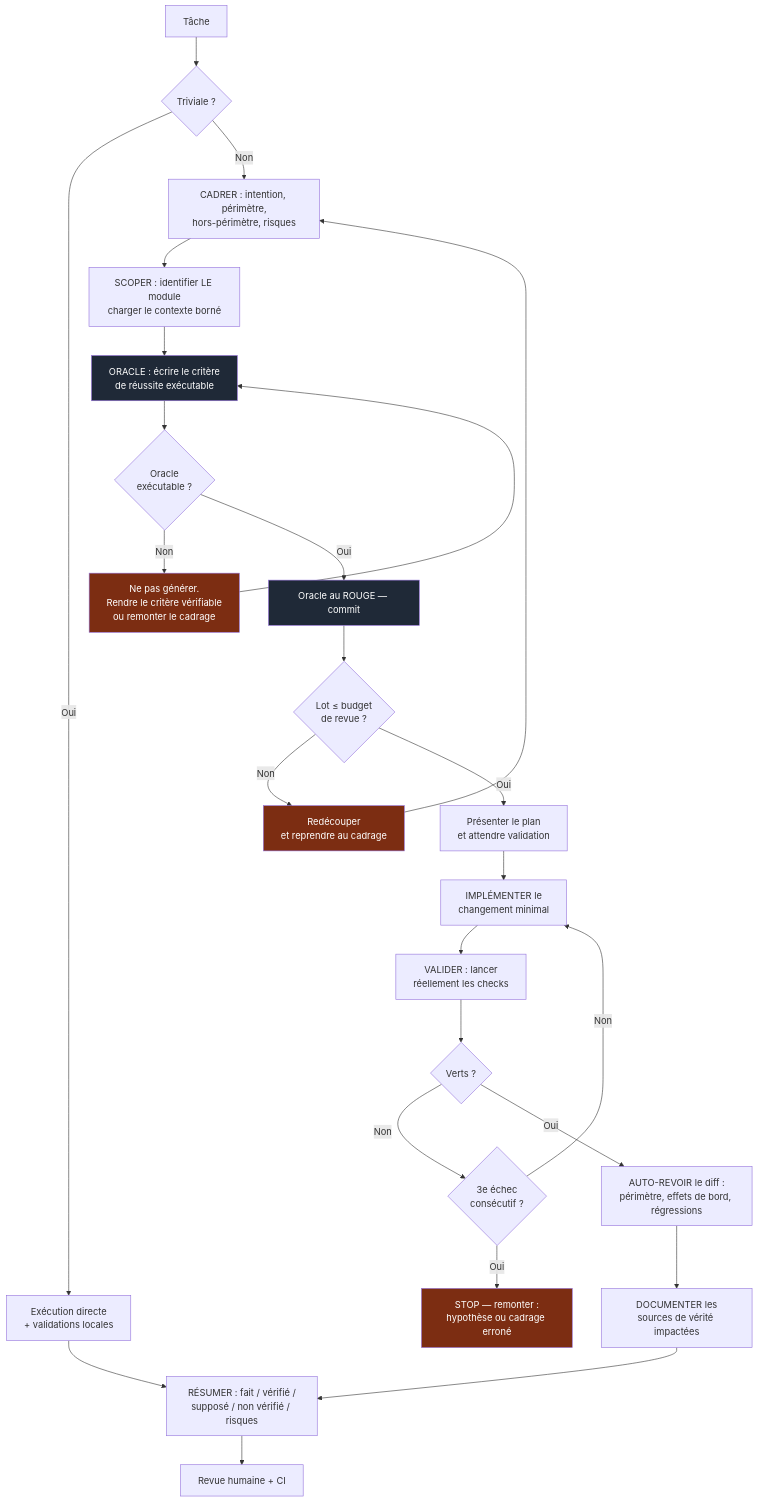
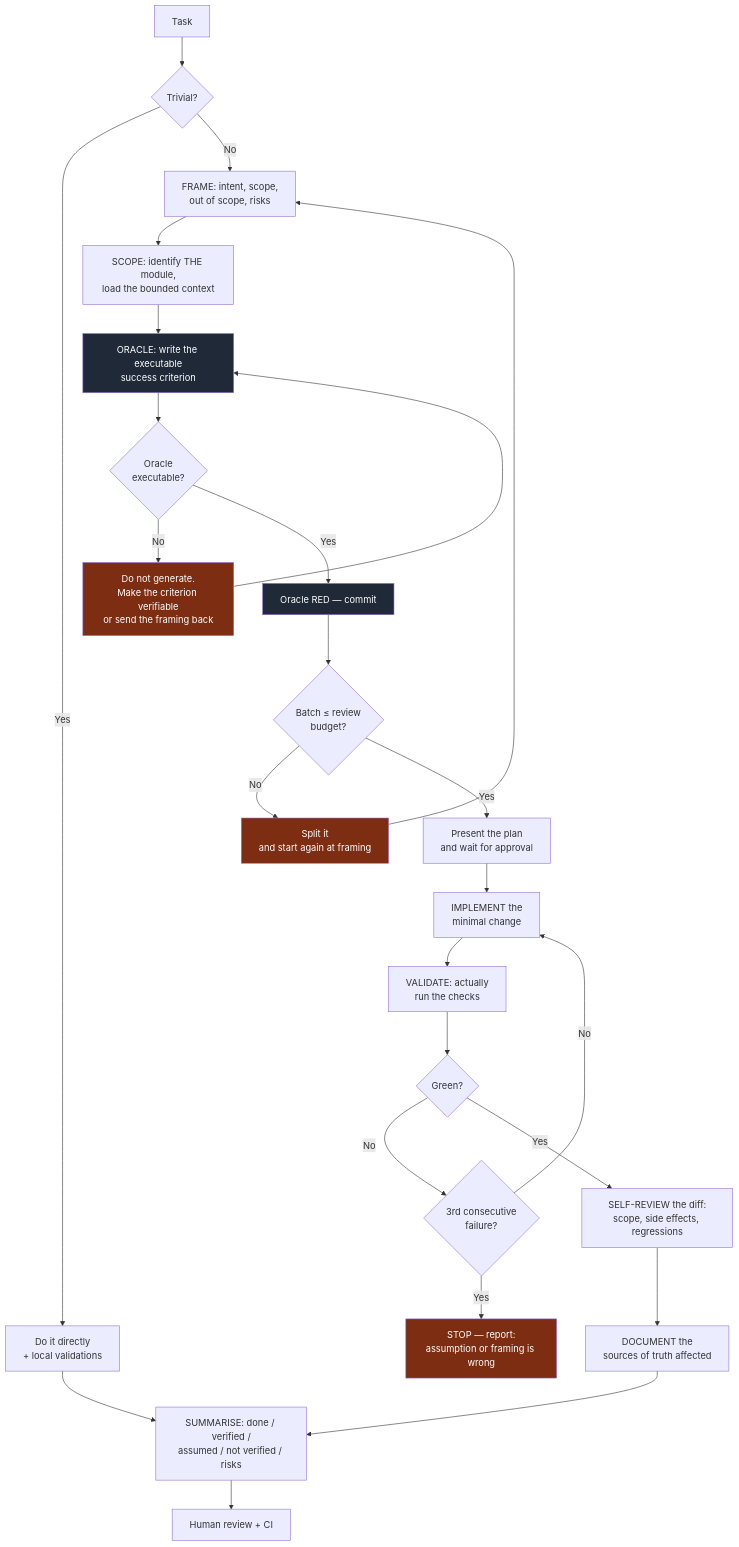
One commit to NapkinStack/engineering-os changed the first of 2 diagrams in skeleton/docs/os/05-workflow.md. Above: the diagram before and after it, drawn with Mermaid. The commit also changed other lines of this file and 87 other files, not shown here.

````diff
--- a/skeleton/docs/os/05-workflow.md
+++ b/skeleton/docs/os/05-workflow.md
@@ -22,34 +22,34 @@
 ```mermaid
 flowchart TD
-    A["Tâche"] --> B{"Triviale ?"}
-    B -->|Oui| B1["Exécution directe<br/>+ validations locales"] --> M
+    A["Task"] --> B{"Trivial?"}
+    B -->|Yes| B1["Do it directly<br/>+ local validations"] --> M
 
-    B -->|Non| C["CADRER : intention, périmètre,<br/>hors-périmètre, risques"]
-    C --> C2["SCOPER : identifier LE module<br/>charger le contexte borné"]
-    C2 --> D["ORACLE : écrire le critère<br/>de réussite exécutable"]
-    D --> E{"Oracle<br/>exécutable ?"}
-    E -->|Non| E1["Ne pas générer.<br/>Rendre le critère vérifiable<br/>ou remonter le cadrage"] --> D
-    E -->|Oui| F["Oracle au ROUGE — commit"]
+    B -->|No| C["FRAME: intent, scope,<br/>out of scope, risks"]
+    C --> C2["SCOPE: identify THE module,<br/>load the bounded context"]
+    C2 --> D["ORACLE: write the executable<br/>success criterion"]
+    D --> E{"Oracle<br/>executable?"}
+    E -->|No| E1["Do not generate.<br/>Make the criterion verifiable<br/>or send the framing back"] --> D
+    E -->|Yes| F["Oracle RED — commit"]
 
-    F --> G{"Lot ≤ budget<br/>de revue ?"}
-    G -->|Non| G1["Redécouper<br/>et reprendre au cadrage"] --> C
-    G -->|Oui| P["Présenter le plan<br/>et attendre validation"]
+    F --> G{"Batch ≤ review<br/>budget?"}
+    G -->|No| G1["Split it<br/>and start again at framing"] --> C
+    G -->|Yes| P["Present the plan<br/>and wait for approval"]
 
-    P --> H["IMPLÉMENTER le<br/>changement minimal"]
-    H --> I["VALIDER : lancer<br/>réellement les checks"]
-    I --> J{"Verts ?"}
-    J -->|Non| J1{"3e échec<br/>consécutif ?"}
-    J1 -->|Non| H
-    J1 -->|Oui| J2["STOP — remonter :<br/>hypothèse ou cadrage erroné"]
-    J -->|Oui| K["AUTO-REVOIR le diff :<br/>périmètre, effets de bord, régressions"]
+    P --> H["IMPLEMENT the<br/>minimal change"]
+    H --> I["VALIDATE: actually<br/>run the checks"]
+    I --> J{"Green?"}
+    J -->|No| J1{"3rd consecutive<br/>failure?"}
+    J1 -->|No| H
+    J1 -->|Yes| J2["STOP — report:<br/>assumption or framing is wrong"]
+    J -->|Yes| K["SELF-REVIEW the diff:<br/>scope, side effects, regressions"]
 
-    K --> L["DOCUMENTER les<br/>sources de vérité impactées"]
-    L --> M["RÉSUMER : fait / vérifié /<br/>supposé / non vérifié / risques"]
-    M --> N["Revue humaine + CI"]
+    K --> L["DOCUMENT the<br/>sources of truth affected"]
+    L --> M["SUMMARISE: done / verified /<br/>assumed / not verified / risks"]
+    M --> N["Human review + CI"]
 
     style D fill:#1f2937,color:#fff
     style F fill:#1f2937,color:#fff
     style J2 fill:#7c2d12,color:#fff
     style G1 fill:#7c2d12,color:#fff
     style E1 fill:#7c2d12,color:#fff
 ```
````
